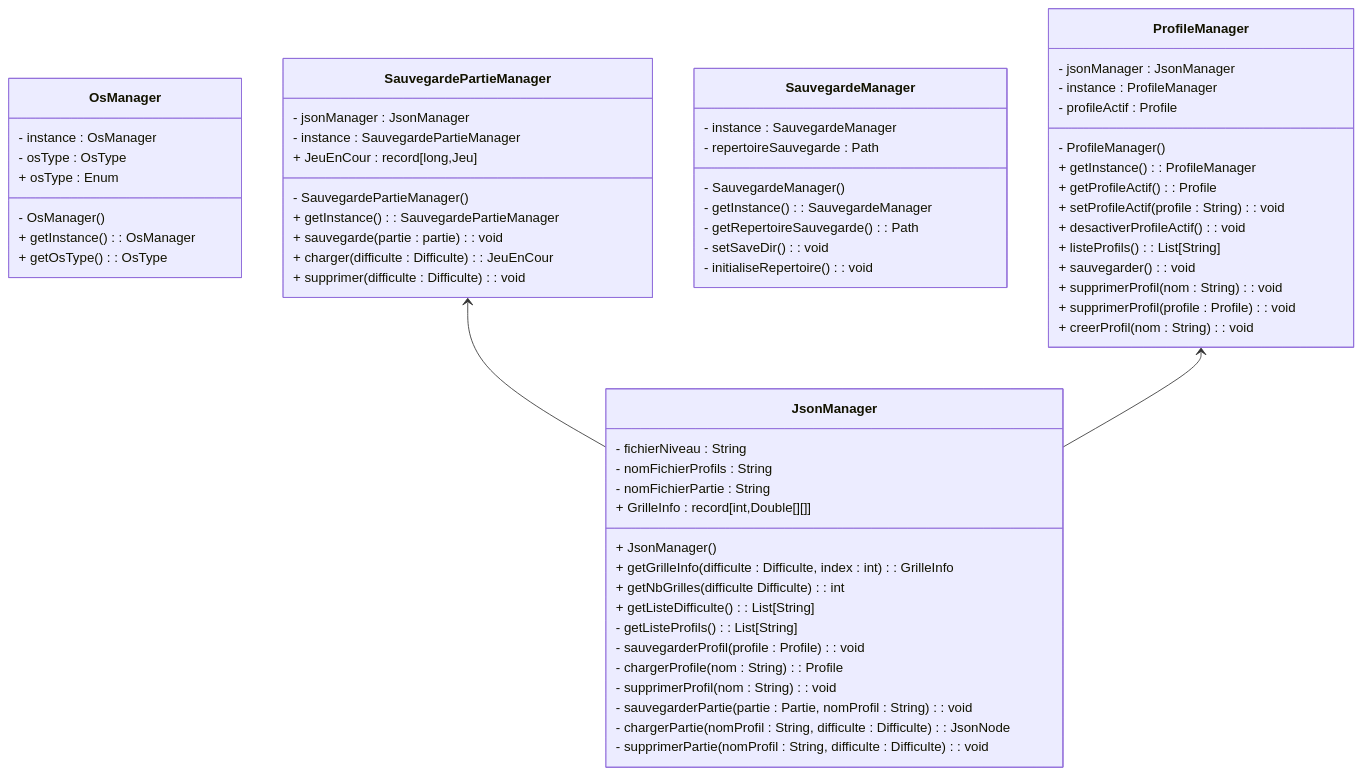
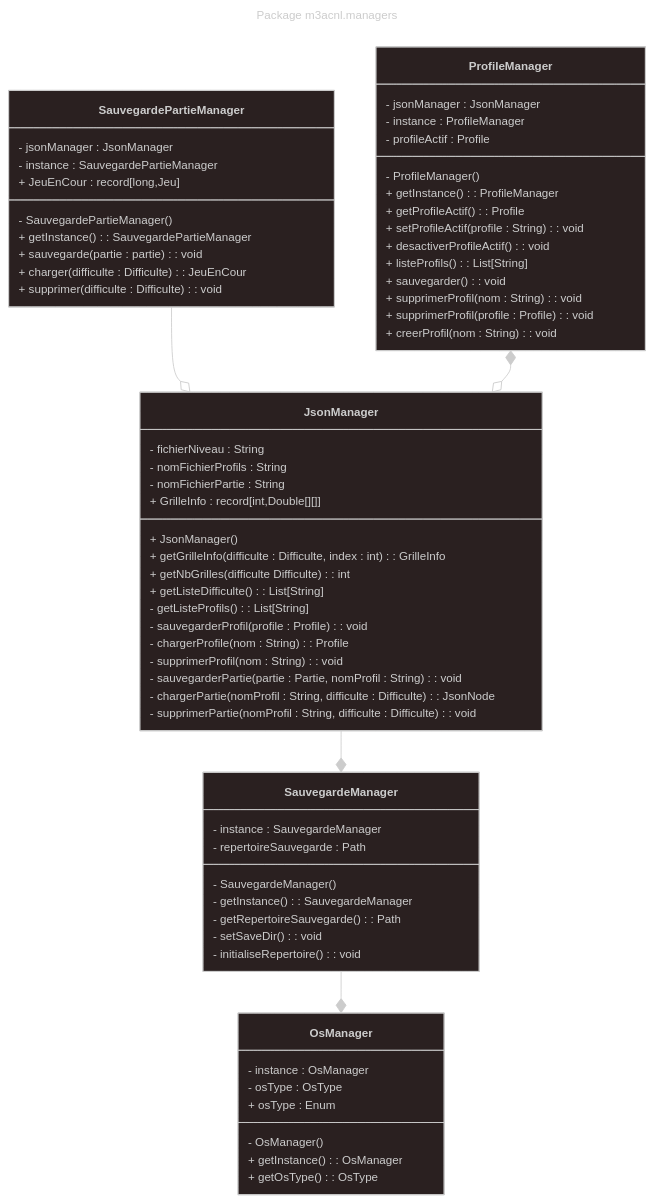
Before and after one commit to Gr4-M3ACNL/documents: the diagram in DiagrammeClasse/manager.mmd, drawn with Mermaid. The commit also changed other lines of this file and 9 other files, not shown here.

Commit message:
docs: diagrame

```diff
--- a/DiagrammeClasse/manager.mmd
+++ b/DiagrammeClasse/manager.mmd
@@ -1,68 +1,76 @@
+---
+config:
+  theme: neo-dark
+title: Package m3acnl.managers
+---
+
 classDiagram
 direction TB
     class JsonManager{
         - fichierNiveau : String
         - nomFichierProfils : String
         - nomFichierPartie : String
         + GrilleInfo : record[int,Double[][]]
         + JsonManager()
         + getGrilleInfo(difficulte : Difficulte, index : int) : GrilleInfo
         + getNbGrilles(difficulte Difficulte) : int
         + getListeDifficulte() : List[String]
         - getListeProfils() : List[String]
         - sauvegarderProfil(profile : Profile) : void
         - chargerProfile(nom : String) : Profile
         - supprimerProfil(nom : String) : void
         - sauvegarderPartie(partie : Partie, nomProfil : String) : void
         - chargerPartie(nomProfil : String, difficulte : Difficulte) : JsonNode
         - supprimerPartie(nomProfil : String, difficulte : Difficulte) : void
     }
 
     class OsManager{
         - instance : OsManager
         - osType : OsType
         + osType : Enum
         - OsManager()
         + getInstance() : OsManager
         + getOsType() : OsType
     }
 
     class ProfileManager{
         - jsonManager : JsonManager
         - instance : ProfileManager
         - profileActif : Profile
         - ProfileManager()
         + getInstance() : ProfileManager
         + getProfileActif() : Profile
         + setProfileActif(profile : String) : void
         + desactiverProfileActif() : void
         + listeProfils() : List[String]
         + sauvegarder() : void
         + supprimerProfil(nom : String) : void
         + supprimerProfil(profile : Profile) : void
         + creerProfil(nom : String) : void
     }
 
     class SauvegardeManager{
         - instance : SauvegardeManager
         - repertoireSauvegarde : Path
         - SauvegardeManager()
         - getInstance() : SauvegardeManager
         - getRepertoireSauvegarde() : Path
         - setSaveDir() : void
         - initialiseRepertoire() : void
     }
 
     class SauvegardePartieManager{
         - jsonManager : JsonManager
         - instance : SauvegardePartieManager
         + JeuEnCour : record[long,Jeu]
         - SauvegardePartieManager()
         + getInstance() : SauvegardePartieManager
         + sauvegarde(partie : partie) : void
         + charger(difficulte : Difficulte) : JeuEnCour
         + supprimer(difficulte : Difficulte) : void
     }
 
-    SauvegardePartieManager <-- JsonManager
-    ProfileManager <-- JsonManager
+    SauvegardeManager --* OsManager
+    JsonManager --* SauvegardeManager
+    SauvegardePartieManager --o JsonManager
+    ProfileManager *--o JsonManager
```
